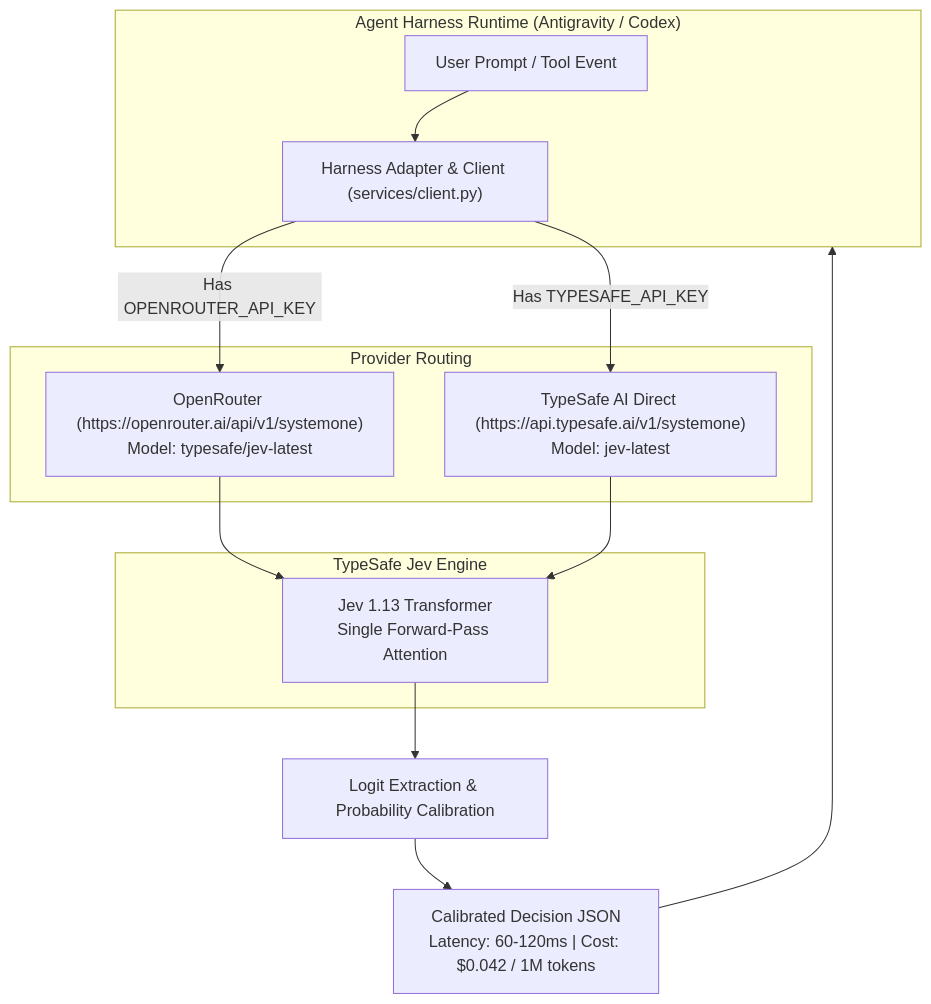
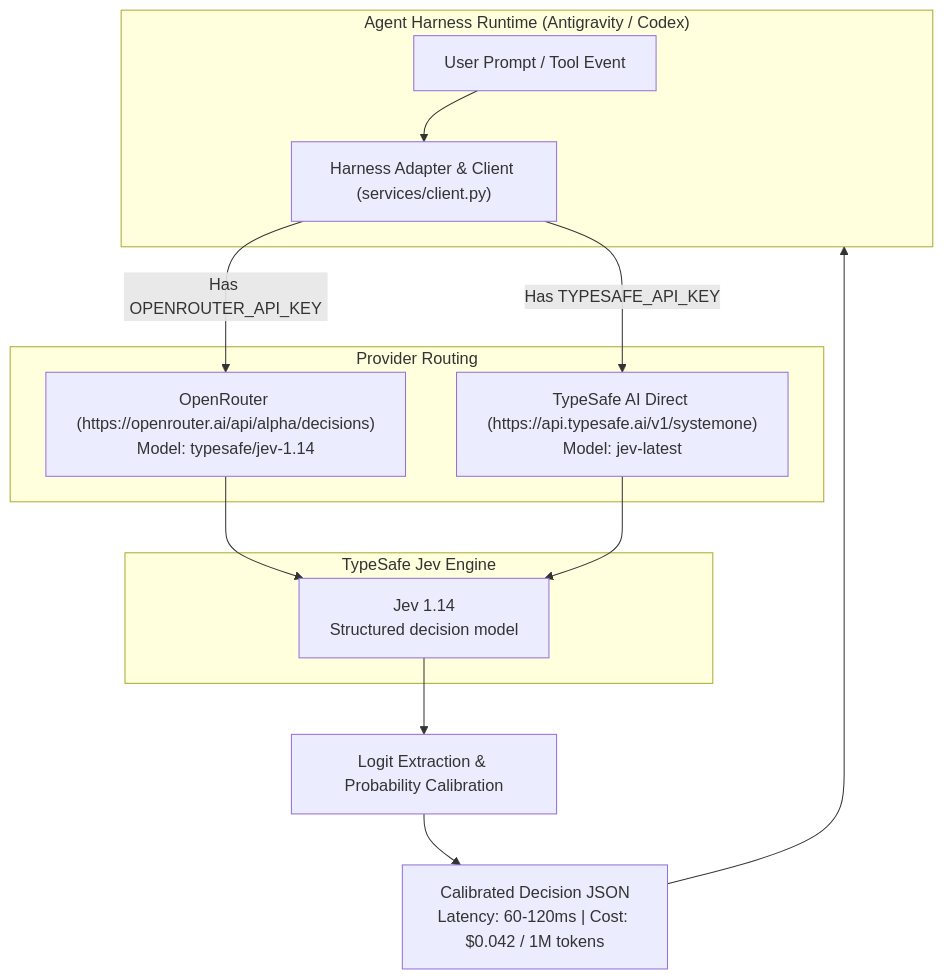
The diagram in docs/proposals/RFC-22_GUIDE_openrouter_setup.md (Ajasra/jev-hooks), drawn with Mermaid before and after one commit. The commit also changed other lines of this file and 1 other file, not shown here.

Commit message:
feat: update OpenRouter integration to Jev 1.14

````diff
--- a/docs/proposals/RFC-22_GUIDE_openrouter_setup.md
+++ b/docs/proposals/RFC-22_GUIDE_openrouter_setup.md
@@ -114,23 +114,23 @@
 ```mermaid
 flowchart TD
     subgraph Harnesses ["Agent Harness Runtime (Antigravity / Codex)"]
         User["User Prompt / Tool Event"]
         Hook["Harness Adapter & Client (services/client.py)"]
     end
 
     User --> Hook
 
     subgraph Providers ["Provider Routing"]
-        Hook -->|"Has OPENROUTER_API_KEY"| OR["OpenRouter (https://openrouter.ai/api/v1/systemone)<br/>Model: typesafe/jev-latest"]
+        Hook -->|"Has OPENROUTER_API_KEY"| OR["OpenRouter (https://openrouter.ai/api/alpha/decisions)<br/>Model: typesafe/jev-1.14"]
         Hook -->|"Has TYPESAFE_API_KEY"| TS["TypeSafe AI Direct (https://api.typesafe.ai/v1/systemone)<br/>Model: jev-latest"]
     end
 
     subgraph JevEngine ["TypeSafe Jev Engine"]
-        OR --> Engine["Jev 1.13 Transformer<br/>Single Forward-Pass Attention"]
+        OR --> Engine["Jev 1.14<br/>Structured decision model"]
         TS --> Engine
     end
 
     Engine --> Calibration["Logit Extraction & Probability Calibration"]
     Calibration --> Return["Calibrated Decision JSON<br/>Latency: 60-120ms | Cost: $0.042 / 1M tokens"]
     Return --> Harnesses
 ```
````
